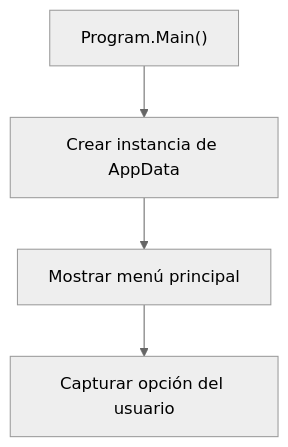
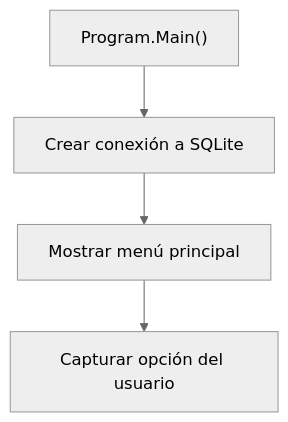
One commit to Manuel-Espinosa/FilmSpot changed the first of 4 diagrams in docs.md. Above: the diagram before and after it, drawn with Mermaid (neutral theme). The commit also changed other lines of this file and 10 other files, not shown here.

````diff
--- a/docs.md
+++ b/docs.md
@@ -392,6 +358,6 @@
 ```mermaid
 flowchart TD
-    start["Program.Main()"] --> app["Crear instancia de AppData"]
+    start["Program.Main()"] --> app["Crear conexión a SQLite"]
     app --> menu["Mostrar menú principal"]
     menu --> opc["Capturar opción del usuario"]
 ```
````
